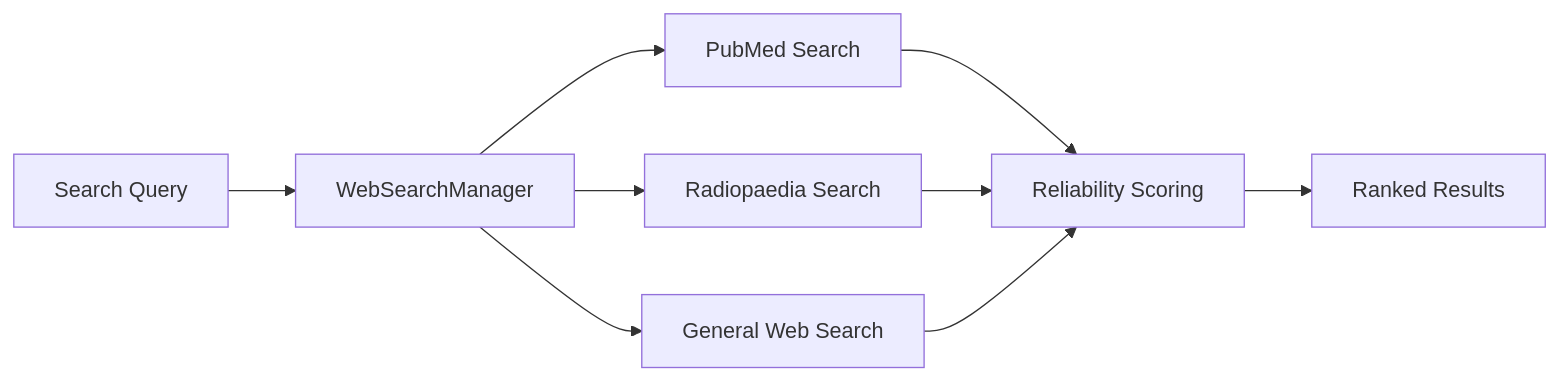
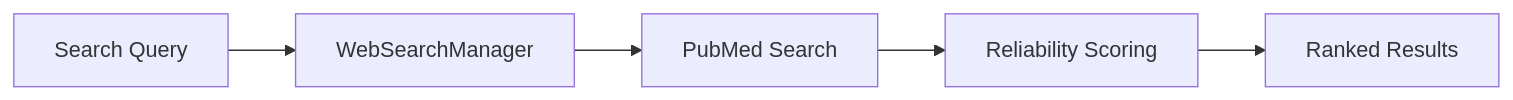
The second of 3 diagrams in examples/nova/docs/agentic_workflow.md (liamchalcroft/gaze), drawn with Mermaid before and after one commit. The commit also changed other lines of this file and 72 other files, not shown here.

````diff
--- a/examples/nova/docs/agentic_workflow.md
+++ b/examples/nova/docs/agentic_workflow.md
@@ -129,11 +129,7 @@
 ```mermaid
 flowchart LR
     QUERY[Search Query] --> WSM[WebSearchManager]
     WSM --> PUBMED[PubMed Search]
-    WSM --> RADIOPAEDIA[Radiopaedia Search]
-    WSM --> GENERAL[General Web Search]
     PUBMED --> SCORE[Reliability Scoring]
-    RADIOPAEDIA --> SCORE
-    GENERAL --> SCORE
     SCORE --> RESULTS[Ranked Results]
 ```
````
